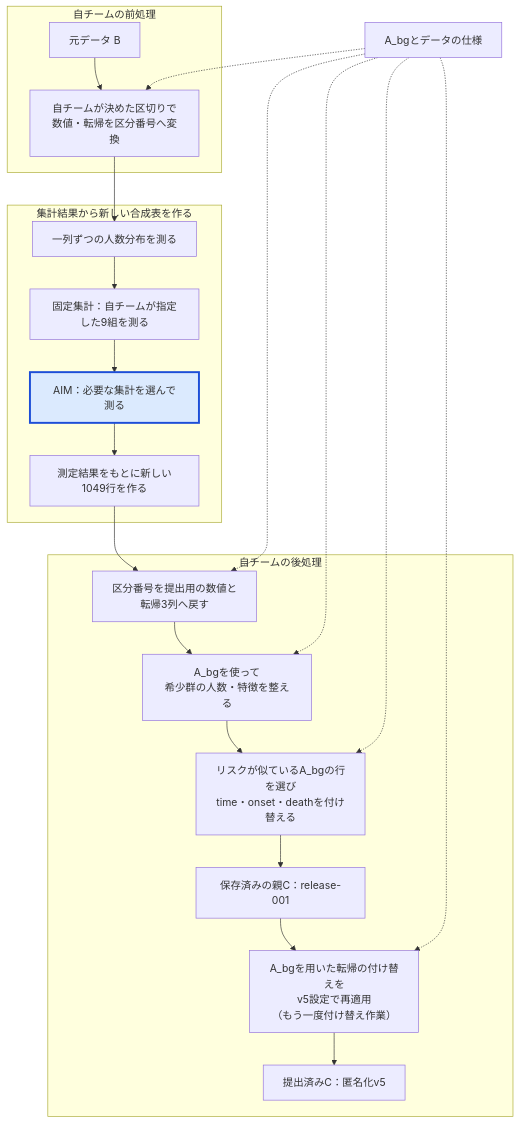
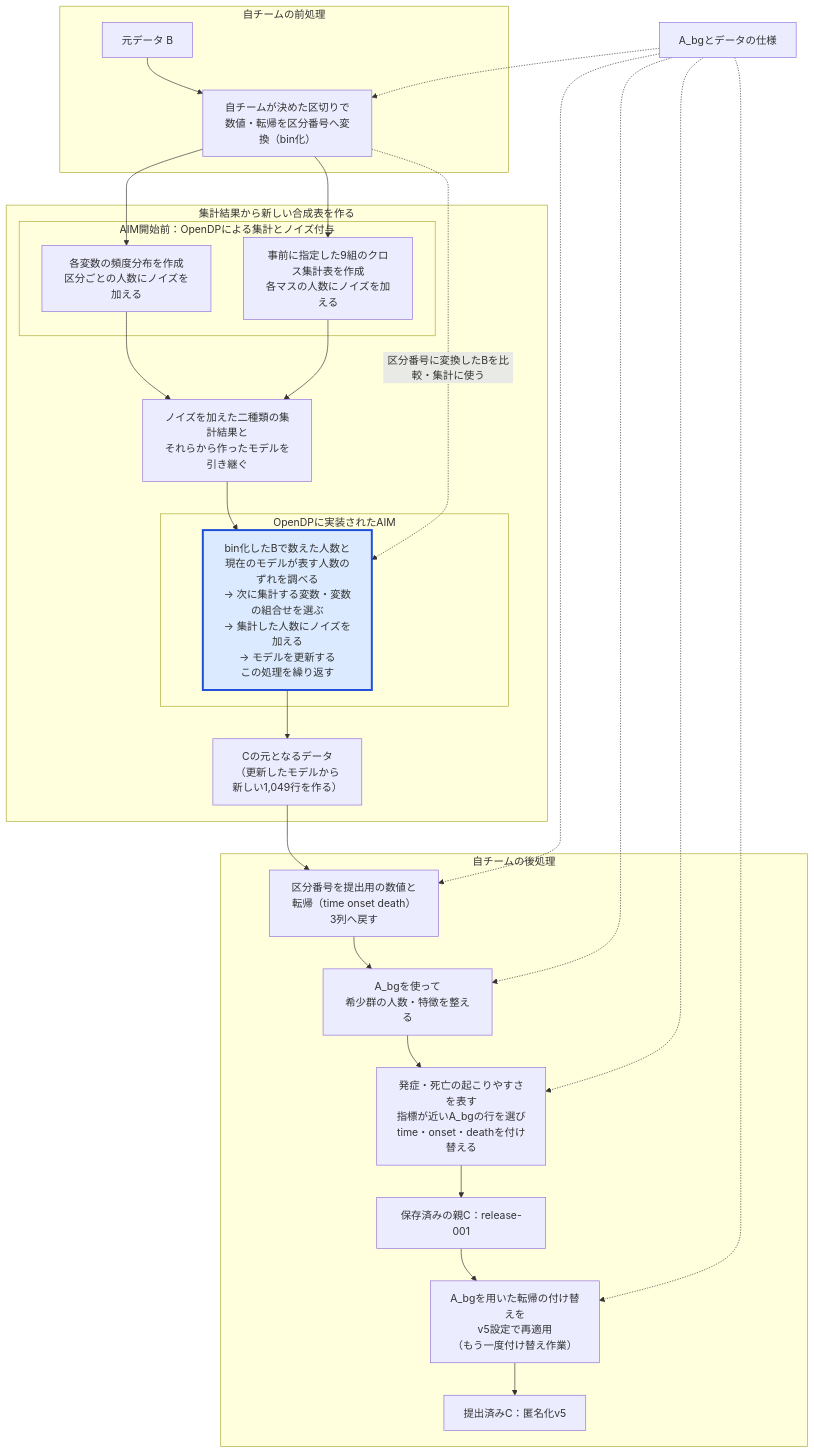
Before and after one commit to tsugiyama0216/pwscup2026-kit-outsider-final: the first of 2 diagrams in prelim/method_explanation/01_anonymization.md, drawn with Mermaid. The commit also changed other lines of this file and 6 other files, not shown here.

````diff
--- a/prelim/method_explanation/01_anonymization.md
+++ b/prelim/method_explanation/01_anonymization.md
@@ -50,28 +52,37 @@
 ```mermaid
 flowchart TB
   subgraph PRE[自チームの前処理]
-    B[元データ B] --> E["自チームが決めた区切りで<br/>数値・転帰を区分番号へ変換"]
+    B[元データ B] --> E["自チームが決めた区切りで<br/>数値・転帰を区分番号へ変換（bin化）"]
   end
   subgraph LIB[集計結果から新しい合成表を作る]
-    Q1[一列ずつの人数分布を測る]
-    Q1 --> Q2[固定集計：自チームが指定した9組を測る]
-    Q2 --> Q3[AIM：必要な集計を選んで測る]
-    Q3 --> G[測定結果をもとに新しい1049行を作る]
+    subgraph INIT["AIM開始前：OpenDPによる集計とノイズ付与"]
+      Q1["各変数の頻度分布を作成<br/>区分ごとの人数にノイズを加える"]
+      Q2["事前に指定した9組のクロス集計表を作成<br/>各マスの人数にノイズを加える"]
+    end
+    Q1 --> I["ノイズを加えた二種類の集計結果と<br/>それらから作ったモデルを引き継ぐ"]
+    Q2 --> I
+    subgraph ADAPT["OpenDPに実装されたAIM"]
+      Q3["bin化したBで数えた人数と<br/>現在のモデルが表す人数のずれを調べる<br/>→ 次に集計する変数・変数の組合せを選ぶ<br/>→ 集計した人数にノイズを加える<br/>→ モデルを更新する<br/>この処理を繰り返す"]
+    end
+    I --> Q3
+    Q3 --> G["Cの元となるデータ<br/>（更新したモデルから<br/>新しい1,049行を作る）"]
   end
   subgraph POST[自チームの後処理]
-    N["区分番号を提出用の数値と<br/>転帰3列へ戻す"]
+    N["区分番号を提出用の数値と<br/>転帰（time onset death）3列へ戻す"]
     N --> R["A_bgを使って<br/>希少群の人数・特徴を整える"]
-    R --> O["リスクが似ているA_bgの行を選び<br/>time・onset・deathを付け替える"]
+    R --> O["発症・死亡の起こりやすさを表す<br/>指標が近いA_bgの行を選び<br/>time・onset・deathを付け替える"]
     O --> P[保存済みの親C：release-001]
     P --> V["A_bgを用いた転帰の付け替えを<br/>v5設定で再適用<br/>（もう一度付け替え作業）"]
     V --> F[提出済みC：匿名化v5]
   end
   E --> Q1
+  E --> Q2
+  E -.->|区分番号に変換したBを比較・集計に使う| Q3
   G --> N
   BG[A_bgとデータの仕様] -.-> E
   BG -.-> N
   BG -.-> R
   BG -.-> O
   BG -.-> V
   style Q3 fill:#dbeafe,stroke:#1d4ed8,stroke-width:3px
 ```
````
